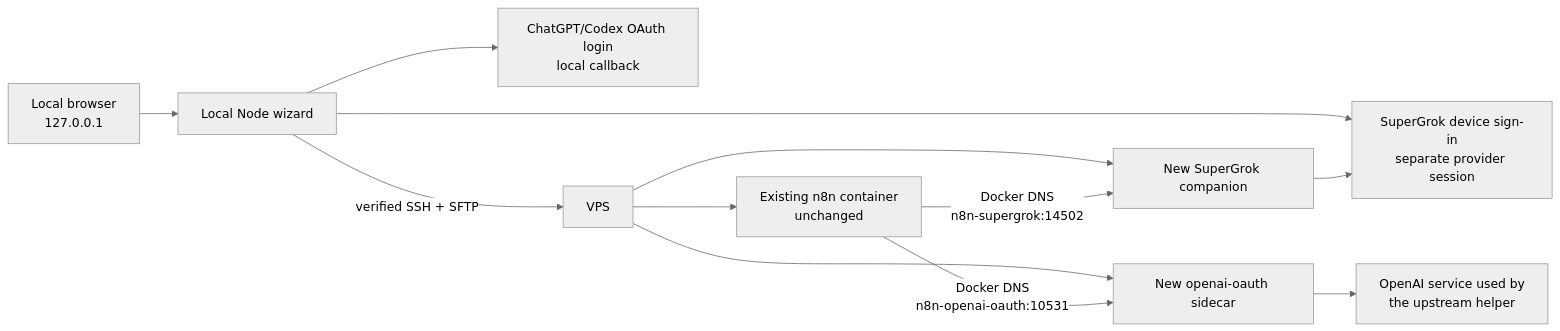
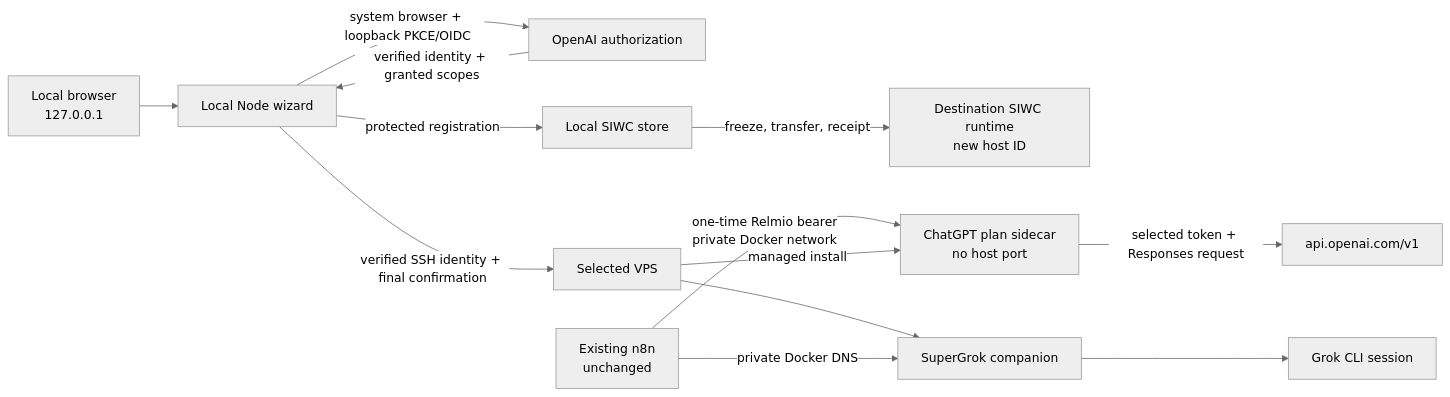
One commit to Demonbane18/relmio changed the first of 2 diagrams in docs/architecture.md. Above: the diagram before and after it, drawn with Mermaid (neutral theme). The commit also changed other lines of this file and 110 other files, not shown here.

````diff
--- a/docs/architecture.md
+++ b/docs/architecture.md
@@ -10,14 +11,15 @@
 ```mermaid
 flowchart LR
   B["Local browser<br>127.0.0.1"] --> W["Local Node wizard"]
-  W --> O["ChatGPT/Codex OAuth login<br>local callback"]
-  W --> G["SuperGrok device sign-in<br>separate provider session"]
-  W -->|verified SSH + SFTP| V["VPS"]
-  V --> N["Existing n8n container<br>unchanged"]
-  V --> S["New openai-oauth sidecar"]
-  N -->|Docker DNS<br>n8n-openai-oauth:10531| S
-  S --> C["OpenAI service used by<br>the upstream helper"]
-  V --> Q["New SuperGrok companion"]
-  N -->|"Docker DNS<br>n8n-supergrok:14502"| Q
-  Q --> G
+  W -->|"system browser + loopback PKCE/OIDC"| A["OpenAI authorization"]
+  A -->|"verified identity + granted scopes"| W
+  W -->|"protected registration"| L["Local SIWC store"]
+  W -->|"verified SSH identity + final confirmation"| V["Selected VPS"]
+  L -->|"freeze, transfer, receipt"| R["Destination SIWC runtime<br>new host ID"]
+  N["Existing n8n<br>unchanged"] -->|"one-time Relmio bearer<br>private Docker network"| S["ChatGPT plan sidecar<br>no host port"]
+  S -->|"selected token + Responses request"| O["api.openai.com/v1"]
+  V -->|"managed install"| S
+  V --> Q["SuperGrok companion"]
+  N -->|"private Docker DNS"| Q
+  Q --> X["Grok CLI session"]
 ```
````
